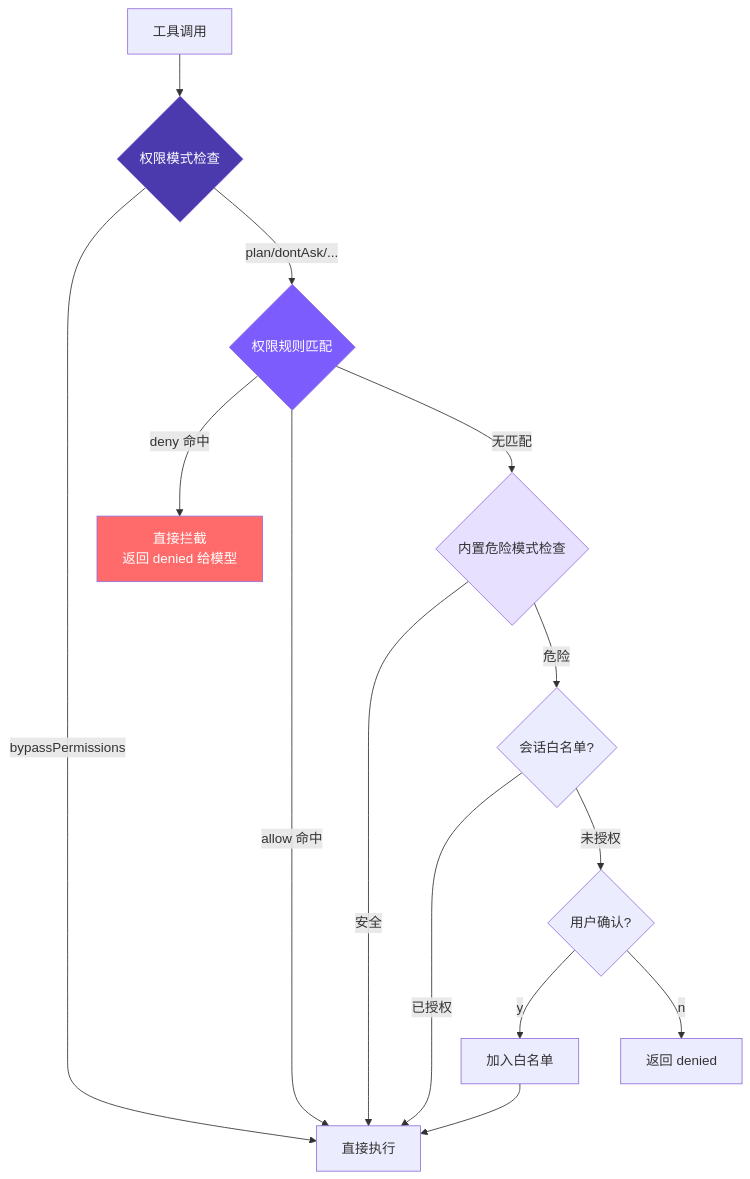
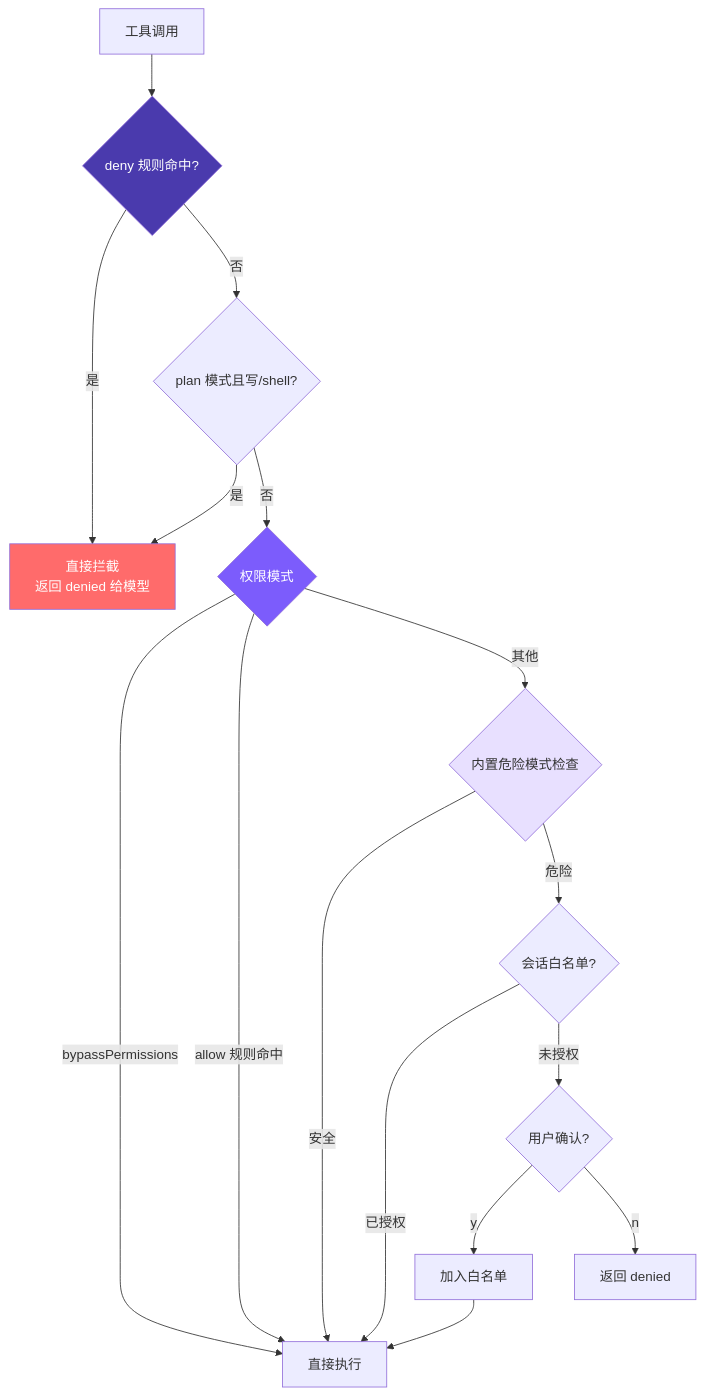
One commit to h7ml/claude-code-from-scratch changed the diagram in docs/06-permissions.md. Above: the diagram before and after it, drawn with Mermaid. The commit also changed other lines of this file and 7 other files, not shown here.

````diff
--- a/docs/06-permissions.md
+++ b/docs/06-permissions.md
@@ -9,21 +9,23 @@
 ```mermaid
 graph TB
-    Call[工具调用] --> Mode{权限模式检查}
+    Call[工具调用] --> Deny{deny 规则命中?}
+    Deny -->|是| Block[直接拦截<br/>返回 denied 给模型]
+    Deny -->|否| Plan{plan 模式且写/shell?}
+    Plan -->|是| Block
+    Plan -->|否| Mode{权限模式}
     Mode -->|bypassPermissions| Exec[直接执行]
-    Mode -->|plan/dontAsk/...| Rules{权限规则匹配}
-    Rules -->|deny 命中| Block[直接拦截<br/>返回 denied 给模型]
-    Rules -->|allow 命中| Exec
-    Rules -->|无匹配| Builtin{内置危险模式检查}
+    Mode -->|allow 规则命中| Exec
+    Mode -->|其他| Builtin{内置危险模式检查}
     Builtin -->|安全| Exec
     Builtin -->|危险| WL{会话白名单?}
     WL -->|已授权| Exec
     WL -->|未授权| Confirm{用户确认?}
     Confirm -->|y| AddWL[加入白名单]
     AddWL --> Exec
     Confirm -->|n| Block2[返回 denied]
 
-    style Mode fill:#4a3aad,color:#fff
-    style Rules fill:#7c5cfc,color:#fff
+    style Deny fill:#4a3aad,color:#fff
+    style Mode fill:#7c5cfc,color:#fff
     style Builtin fill:#e8e0ff
     style Block fill:#ff6b6b,color:#fff
 ```
````
